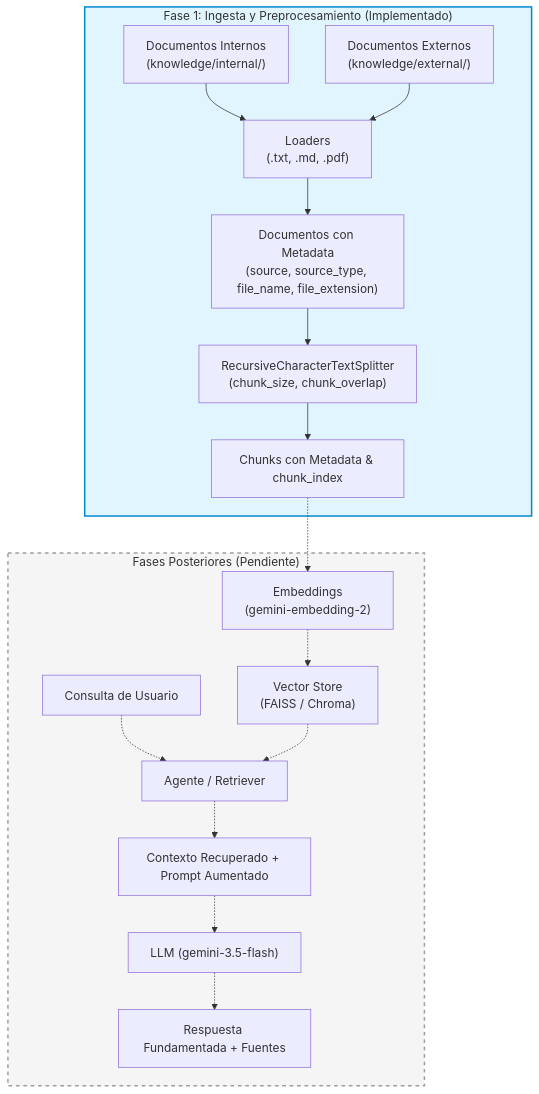
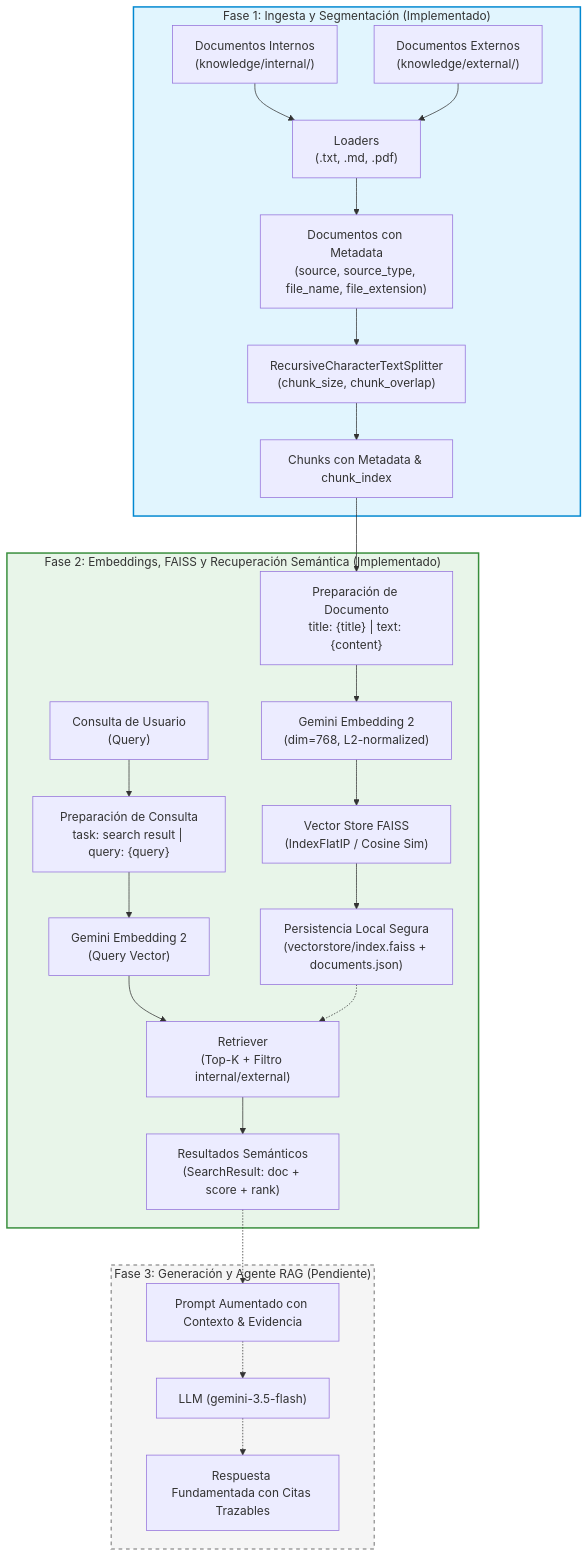
The diagram in README.md (HikariLucy/Knowledge-RAG), drawn with Mermaid before and after one commit. The commit also changed other lines of this file and 17 other files, not shown here.

Commit message:
feat: add Gemini embeddings and FAISS retrieval

````diff
--- a/README.md
+++ b/README.md
@@ -52,23 +70,33 @@
 ```mermaid
 flowchart TD
-    subgraph Fase_1["Fase 1: Ingesta y Preprocesamiento (Implementado)"]
+    subgraph Fase_1["Fase 1: Ingesta y Segmentación (Implementado)"]
         A["Documentos Internos\n(knowledge/internal/)"] --> C["Loaders\n(.txt, .md, .pdf)"]
         B["Documentos Externos\n(knowledge/external/)"] --> C
         C --> D["Documentos con Metadata\n(source, source_type, file_name, file_extension)"]
         D --> E["RecursiveCharacterTextSplitter\n(chunk_size, chunk_overlap)"]
         E --> F["Chunks con Metadata & chunk_index"]
     end
 
-    subgraph Fase_Posterior["Fases Posteriores (Pendiente)"]
-        F -.-> G["Embeddings\n(gemini-embedding-2)"]
-        G -.-> H["Vector Store\n(FAISS / Chroma)"]
-        I["Consulta de Usuario"] -.-> J["Agente / Retriever"]
-        H -.-> J
-        J -.-> K["Contexto Recuperado + Prompt Aumentado"]
-        K -.-> L["LLM (gemini-3.5-flash)"]
-        L -.-> M["Respuesta Fundamentada + Fuentes"]
+    subgraph Fase_2["Fase 2: Embeddings, FAISS y Recuperación Semántica (Implementado)"]
+        F --> G["Preparación de Documento\ntitle: {title} | text: {content}"]
+        G --> H["Gemini Embedding 2\n(dim=768, L2-normalized)"]
+        H --> I["Vector Store FAISS\n(IndexFlatIP / Cosine Sim)"]
+        I --> J["Persistencia Local Segura\n(vectorstore/index.faiss + documents.json)"]
+
+        Q["Consulta de Usuario\n(Query)"] --> R["Preparación de Consulta\ntask: search result | query: {query}"]
+        R --> S["Gemini Embedding 2\n(Query Vector)"]
+        S --> T["Retriever\n(Top-K + Filtro internal/external)"]
+        J -.-> T
+        T --> U["Resultados Semánticos\n(SearchResult: doc + score + rank)"]
+    end
+
+    subgraph Fase_3["Fase 3: Generación y Agente RAG (Pendiente)"]
+        U -.-> V["Prompt Aumentado con Contexto & Evidencia"]
+        V -.-> W["LLM (gemini-3.5-flash)"]
+        W -.-> X["Respuesta Fundamentada con Citas Trazables"]
     end
 
     style Fase_1 fill:#e1f5fe,stroke:#0288d1,stroke-width:2px
-    style Fase_Posterior fill:#f5f5f5,stroke:#9e9e9e,stroke-width:2px,stroke-dasharray: 5 5
+    style Fase_2 fill:#e8f5e9,stroke:#388e3c,stroke-width:2px
+    style Fase_3 fill:#f5f5f5,stroke:#9e9e9e,stroke-width:2px,stroke-dasharray: 5 5
 ```
````
